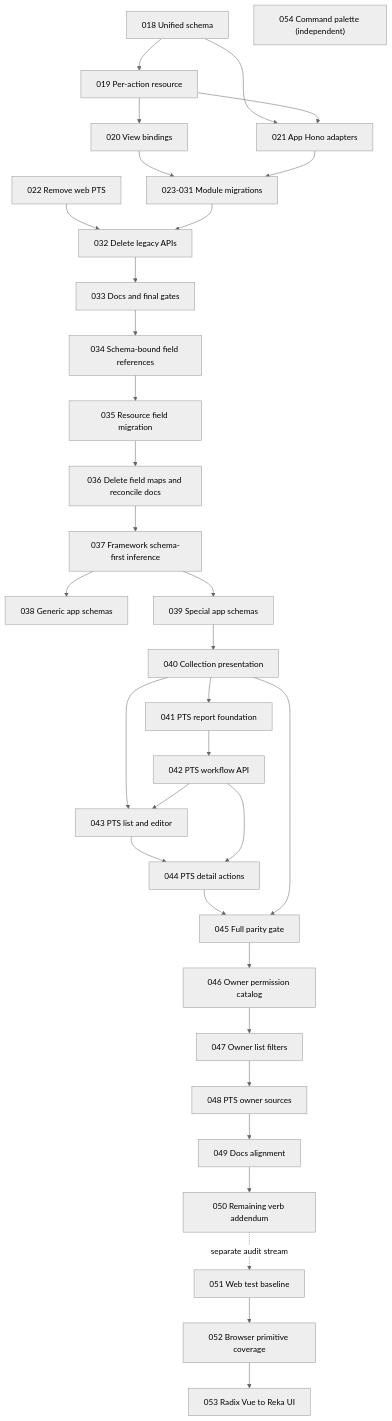
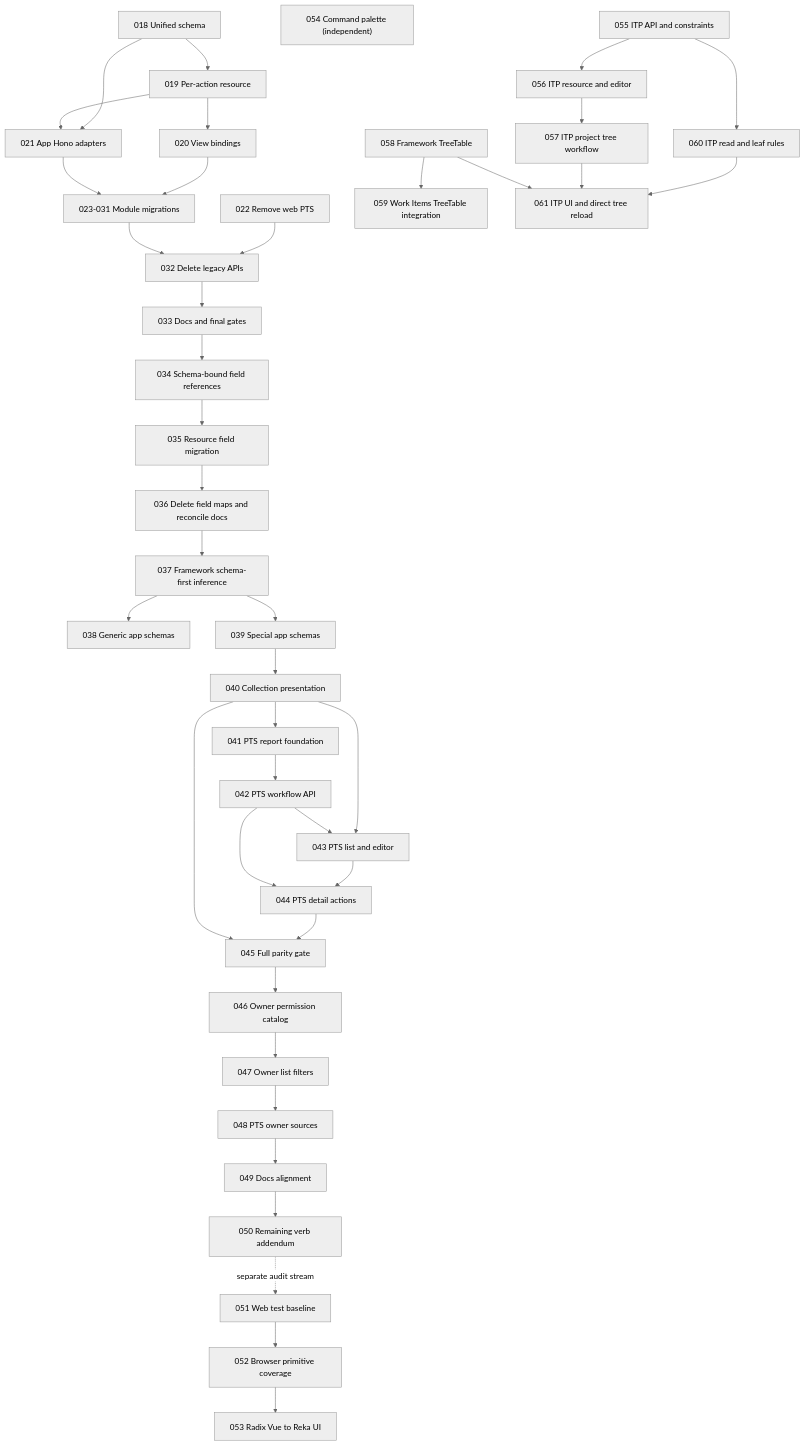
One commit to southneuhof/carta changed the diagram in plans/README.md. Above: the diagram before and after it, drawn with Mermaid (neutral theme). The commit also changed other lines of this file and 45 other files, not shown here.

````diff
--- a/plans/README.md
+++ b/plans/README.md
@@ -63,36 +79,43 @@
 ```mermaid
 flowchart TD
   S["018 Unified schema"] --> R["019 Per-action resource"]
   R --> V["020 View bindings"]
   S --> H["021 App Hono adapters"]
   R --> H
   V --> M["023-031 Module migrations"]
   H --> M
   P["022 Remove web PTS"] --> C["032 Delete legacy APIs"]
   M --> C
   C --> D["033 Docs and final gates"]
   D --> F["034 Schema-bound field references"]
   F --> FM["035 Resource field migration"]
   FM --> FD["036 Delete field maps and reconcile docs"]
   FD --> Z["037 Framework schema-first inference"]
   Z --> ZG["038 Generic app schemas"]
   Z --> ZS["039 Special app schemas"]
   ZS --> C40["040 Collection presentation"]
   C40 --> P41["041 PTS report foundation"]
   P41 --> P42["042 PTS workflow API"]
   C40 --> P43["043 PTS list and editor"]
   P42 --> P43
   P43 --> P44["044 PTS detail actions"]
   P42 --> P44
   P44 --> P45["045 Full parity gate"]
   C40 --> P45
   P45 --> P46["046 Owner permission catalog"]
   P46 --> P47["047 Owner list filters"]
   P47 --> P48["048 PTS owner sources"]
   P48 --> P49["049 Docs alignment"]
   P49 --> P50["050 Remaining verb addendum"]
   P50 -. separate audit stream .-> B51["051 Web test baseline"]
   B51 --> B52["052 Browser primitive coverage"]
   B52 --> B53["053 Radix Vue to Reka UI"]
   CP54["054 Command palette (independent)"]
+  I55["055 ITP API and constraints"] --> I56["056 ITP resource and editor"]
+  I56 --> I57["057 ITP project tree workflow"]
+  TT58["058 Framework TreeTable"] --> WI59["059 Work Items TreeTable integration"]
+  I55 --> I60["060 ITP read and leaf rules"]
+  I60 --> I61["061 ITP UI and direct tree reload"]
+  I57 --> I61
+  TT58 --> I61
 ```
````
